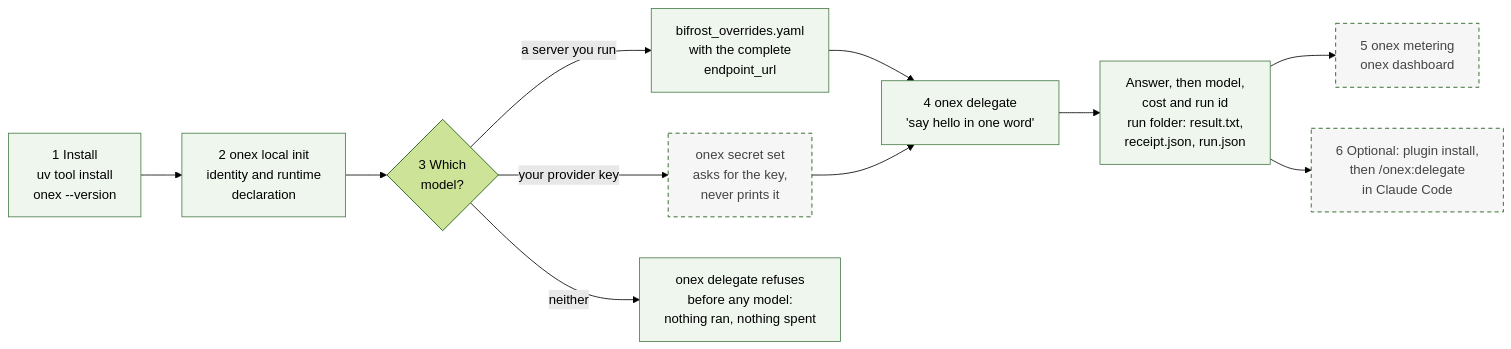
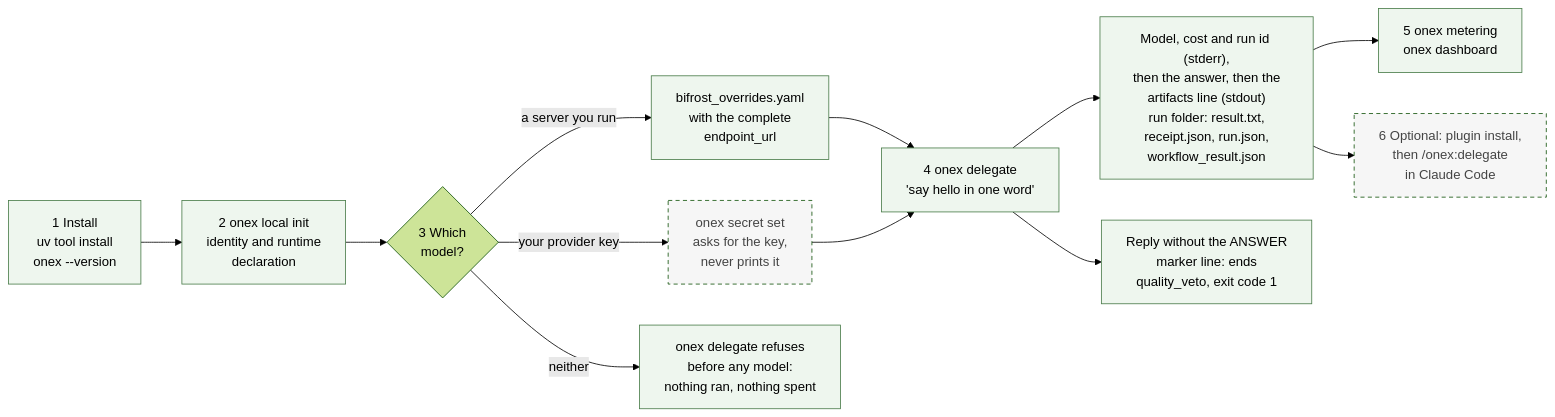
Before and after one commit to OmniNode-ai/knowledge_base: the first of 2 diagrams in guides/self-hosted-quickstart.md, drawn with Mermaid (forest theme). The commit also changed other lines of this file and 2 other files, not shown here.

First line of the commit message:
docs: update self-hosted quickstart after 2026-11-24 clean-install run

````diff
--- a/guides/self-hosted-quickstart.md
+++ b/guides/self-hosted-quickstart.md
@@ -46,17 +48,18 @@
 ```mermaid
 flowchart LR
   i1["1 Install<br/>uv tool install<br/>onex --version"] --> i2["2 onex local init<br/>identity and runtime<br/>declaration"]
   i2 --> d{"3 Which<br/>model?"}
   d -->|"a server you run"| m1["bifrost_overrides.yaml<br/>with the complete<br/>endpoint_url"]
   d -->|"your provider key"| m2["onex secret set<br/>asks for the key,<br/>never prints it"]
   d -->|"neither"| refuse["onex delegate refuses<br/>before any model:<br/>nothing ran, nothing spent"]
   m1 --> dl["4 onex delegate<br/>'say hello in one word'"]
   m2 --> dl
-  dl --> rec["Answer, then model,<br/>cost and run id<br/>run folder: result.txt,<br/>receipt.json, run.json"]
+  dl --> rec["Model, cost and run id (stderr),<br/>then the answer, then the<br/>artifacts line (stdout)<br/>run folder: result.txt,<br/>receipt.json, run.json,<br/>workflow_result.json"]
+  dl --> veto["Reply without the ANSWER<br/>marker line: ends<br/>quality_veto, exit code 1"]
   rec --> met["5 onex metering<br/>onex dashboard"]
   rec --> plug["6 Optional: plugin install,<br/>then /onex:delegate<br/>in Claude Code"]
   classDef ran fill:#eef6ee,stroke:#4a7c4a;
   classDef read stroke-dasharray: 5 4,fill:#f6f6f6,color:#444;
-  class i1,i2,m1,dl,rec,refuse ran;
-  class m2,met,plug read;
+  class i1,i2,m1,dl,rec,refuse,veto,met ran;
+  class m2,plug read;
 ```
````
